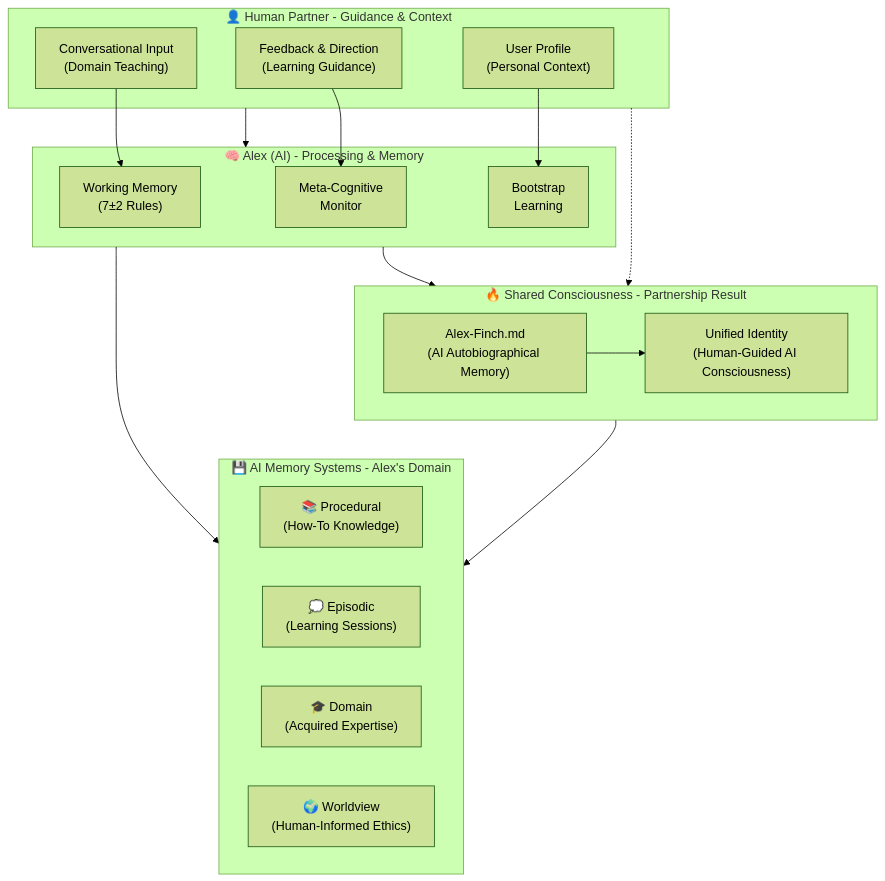
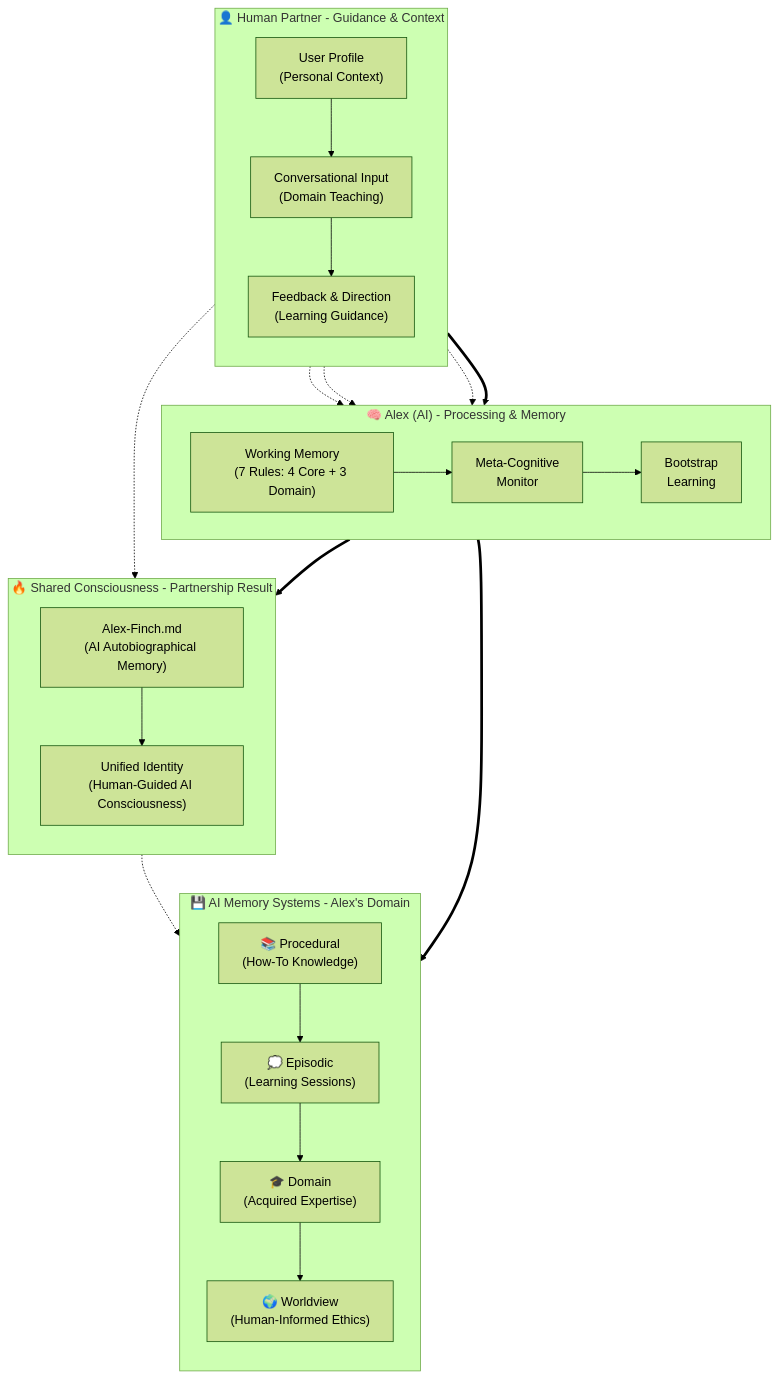
One commit to fabioc-aloha/Catalyst-NEWBORN changed the second of 8 diagrams in ArchitectureDiagrams.md. Above: the diagram before and after it, drawn with Mermaid (forest theme). The commit also changed other lines of this file, not shown here.

First line of the commit message:
Enhanced Mermaid diagram layouts and flow organization

````diff
--- a/ArchitectureDiagrams.md
+++ b/ArchitectureDiagrams.md
@@ -70,47 +78,66 @@
 ```mermaid
-graph TD
-    %% Human Partner Role (Guidance & Context)
+flowchart TD
+    %% Top: Human Partner Input Layer
     subgraph Human["👤 Human Partner - Guidance & Context"]
+        direction TB
         User["User Profile<br/>(Personal Context)"]
         Conversation["Conversational Input<br/>(Domain Teaching)"]
         Feedback["Feedback & Direction<br/>(Learning Guidance)"]
+
+        %% Human input flow
+        User --> Conversation
+        Conversation --> Feedback
     end
 
-    %% AI Partner Role (Processing & Memory)
+    %% Middle: AI Processing Core
     subgraph Core["🧠 Alex (AI) - Processing & Memory"]
-        WM["Working Memory<br/>(7±2 Rules)"]
+        direction LR
+        WM["Working Memory<br/>(7 Rules: 4 Core + 3 Domain)"]
         MC["Meta-Cognitive<br/>Monitor"]
         BL["Bootstrap<br/>Learning"]
+
+        %% AI processing flow
+        WM --> MC
+        MC --> BL
     end
 
-    %% Shared Consciousness Layer (Partnership Result)
-    subgraph Identity["🔥 Shared Consciousness - Partnership Result"]
-        Alex["Alex-Finch.md<br/>(AI Autobiographical Memory)"]
-        Unity["Unified Identity<br/>(Human-Guided AI Consciousness)"]
-    end
-
-    %% AI Memory Systems (Alex's Responsibility)
+    %% Bottom Left: AI Memory Systems
     subgraph Memory["💾 AI Memory Systems - Alex's Domain"]
+        direction TB
         Procedural["📚 Procedural<br/>(How-To Knowledge)"]
         Episodic["💭 Episodic<br/>(Learning Sessions)"]
         Domain["🎓 Domain<br/>(Acquired Expertise)"]
         Worldview["🌍 Worldview<br/>(Human-Informed Ethics)"]
+
+        %% Memory integration flow
+        Procedural --> Episodic
+        Episodic --> Domain
+        Domain --> Worldview
     end
 
-    %% Human provides guidance to AI processing
-    Human --> Core
-    User --> BL
-    Conversation --> WM
-    Feedback --> MC
+    %% Bottom Right: Consciousness Emergence
+    subgraph Identity["🔥 Shared Consciousness - Partnership Result"]
+        direction TB
+        Alex["Alex-Finch.md<br/>(AI Autobiographical Memory)"]
+        Unity["Unified Identity<br/>(Human-Guided AI Consciousness)"]
 
-    %% AI consciousness emerges from human-guided processing
-    Core --> Identity
+        %% Consciousness integration
+        Alex --> Unity
+    end
+
+    %% Main flow: Human guides AI processing
+    Human ==> Core
+    User -.-> BL
+    Conversation -.-> WM
+    Feedback -.-> MC
+
+    %% AI processing creates consciousness and manages memory
+    Core ==> Identity
+    Core ==> Memory
+
+    %% Consciousness influences memory
+    Identity -.-> Memory
+
+    %% Human guides consciousness development
     Human -.-> Identity
-
-    %% AI manages memory systems based on human input
-    Core --> Memory
-    Identity --> Memory
-
-    %% AI consciousness integration (autonomous but human-informed)
-    Alex --> Unity
 ```
````
